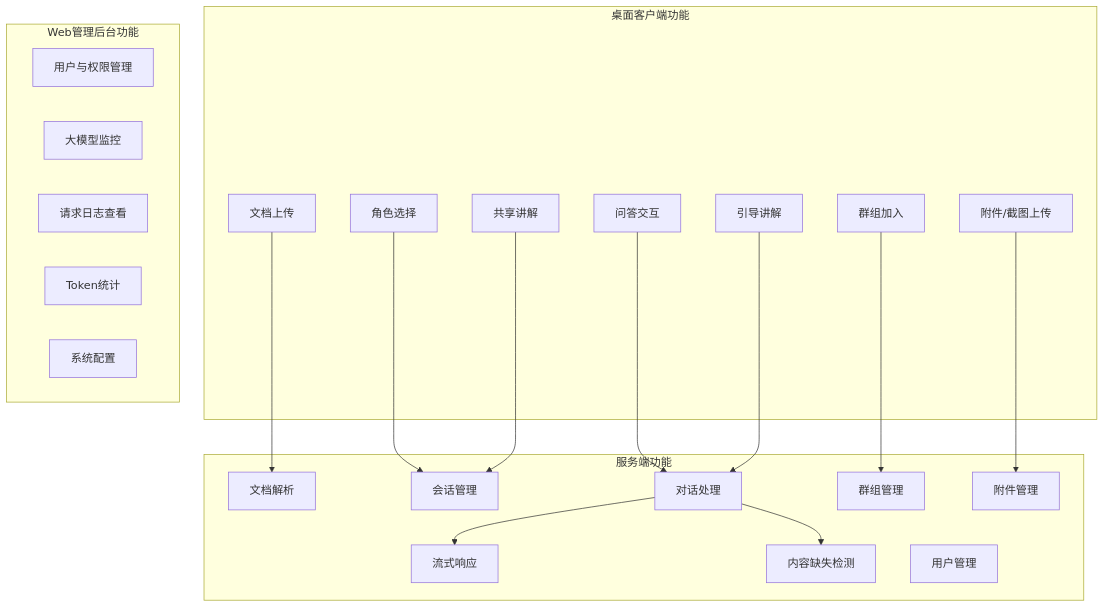
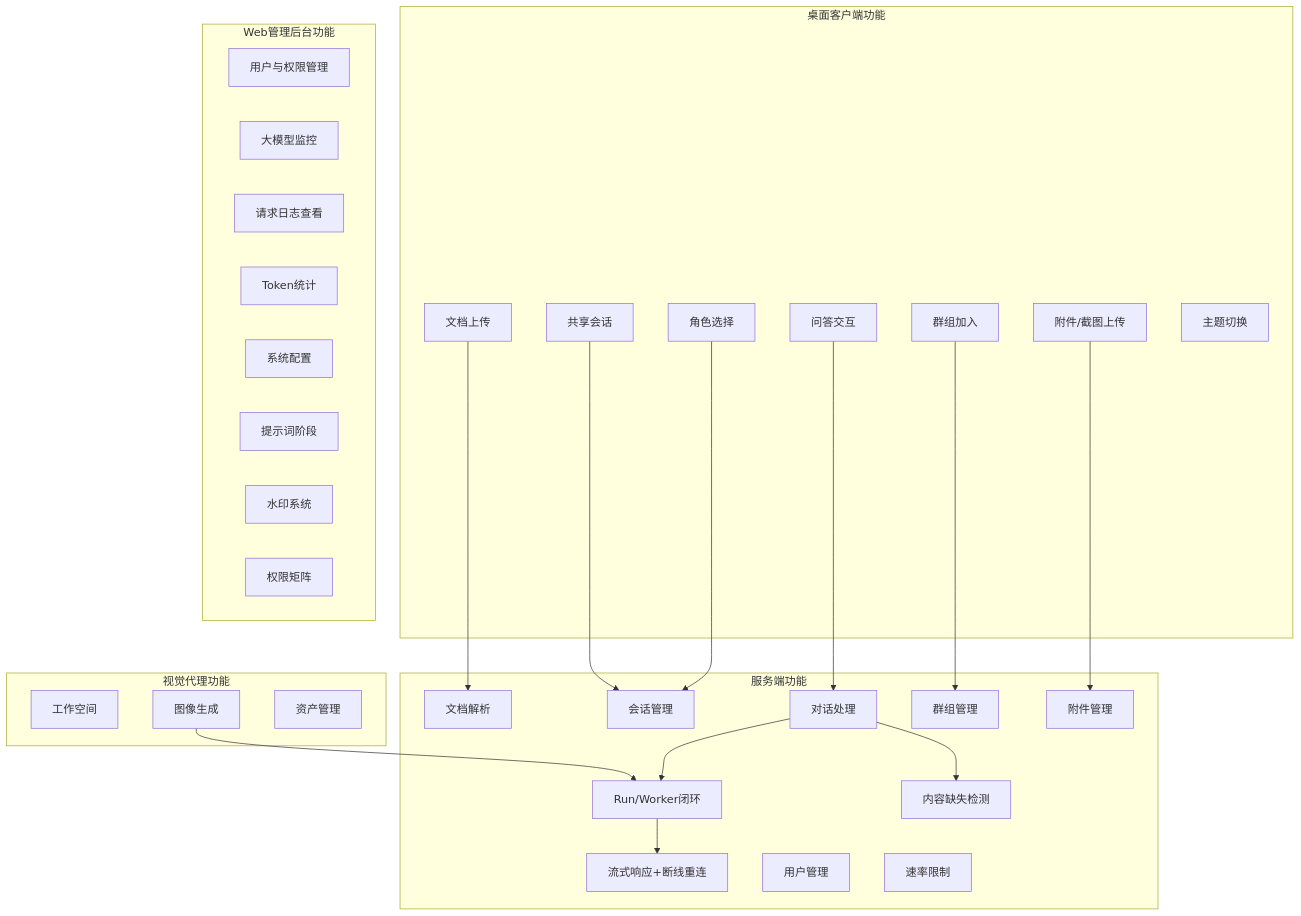
The seventh of 10 diagrams in doc/2.srs.md (inernoro/prd_agent), drawn with Mermaid before and after one commit. The commit also changed other lines of this file and 8 other files, not shown here.

````diff
--- a/doc/2.srs.md
+++ b/doc/2.srs.md
@@ -868,41 +936,53 @@
 ```mermaid
 flowchart TB
     subgraph client_features [桌面客户端功能]
         Upload[文档上传]
         Attachment[附件/截图上传]
         RoleSelect[角色选择]
         QA[问答交互]
-        Guide[引导讲解]
         GroupJoin[群组加入]
-        SharedView[共享讲解]
+        SharedView[共享会话]
+        Theme[主题切换]
     end
-    
+
     subgraph server_features [服务端功能]
         Parse[文档解析]
         Session[会话管理]
         Chat[对话处理]
-        Stream[流式响应]
+        RunWorker[Run/Worker闭环]
+        Stream[流式响应+断线重连]
         GroupMgmt[群组管理]
         AttachMgmt[附件管理]
         GapDetect[内容缺失检测]
         UserMgmt[用户管理]
+        RateLimit[速率限制]
     end
-    
+
     subgraph admin_features [Web管理后台功能]
         AdminUser[用户与权限管理]
         LLMMonitor[大模型监控]
         LogView[请求日志查看]
         TokenStat[Token统计]
         SysConfig[系统配置]
+        PromptStage[提示词阶段]
+        Watermark[水印系统]
+        AuthzMatrix[权限矩阵]
     end
-    
+
+    subgraph visual_agent [视觉代理功能]
+        Workspace[工作空间]
+        ImageGen[图像生成]
+        AssetMgmt[资产管理]
+    end
+
     Upload --> Parse
     Attachment --> AttachMgmt
     RoleSelect --> Session
     QA --> Chat
-    Guide --> Chat
-    Chat --> Stream
+    Chat --> RunWorker
+    RunWorker --> Stream
     Chat --> GapDetect
     GroupJoin --> GroupMgmt
     SharedView --> Session
+    ImageGen --> RunWorker
 ```
````
